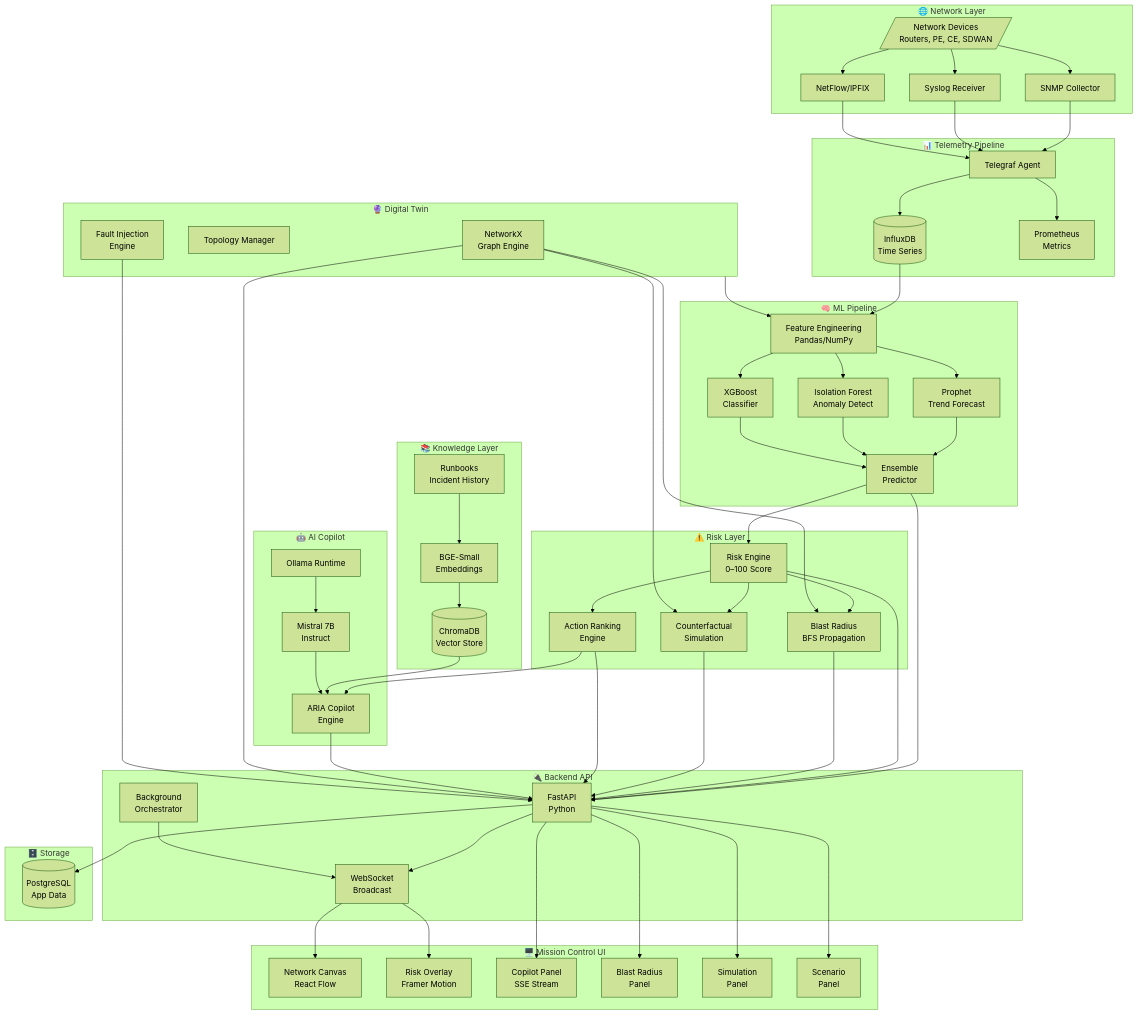
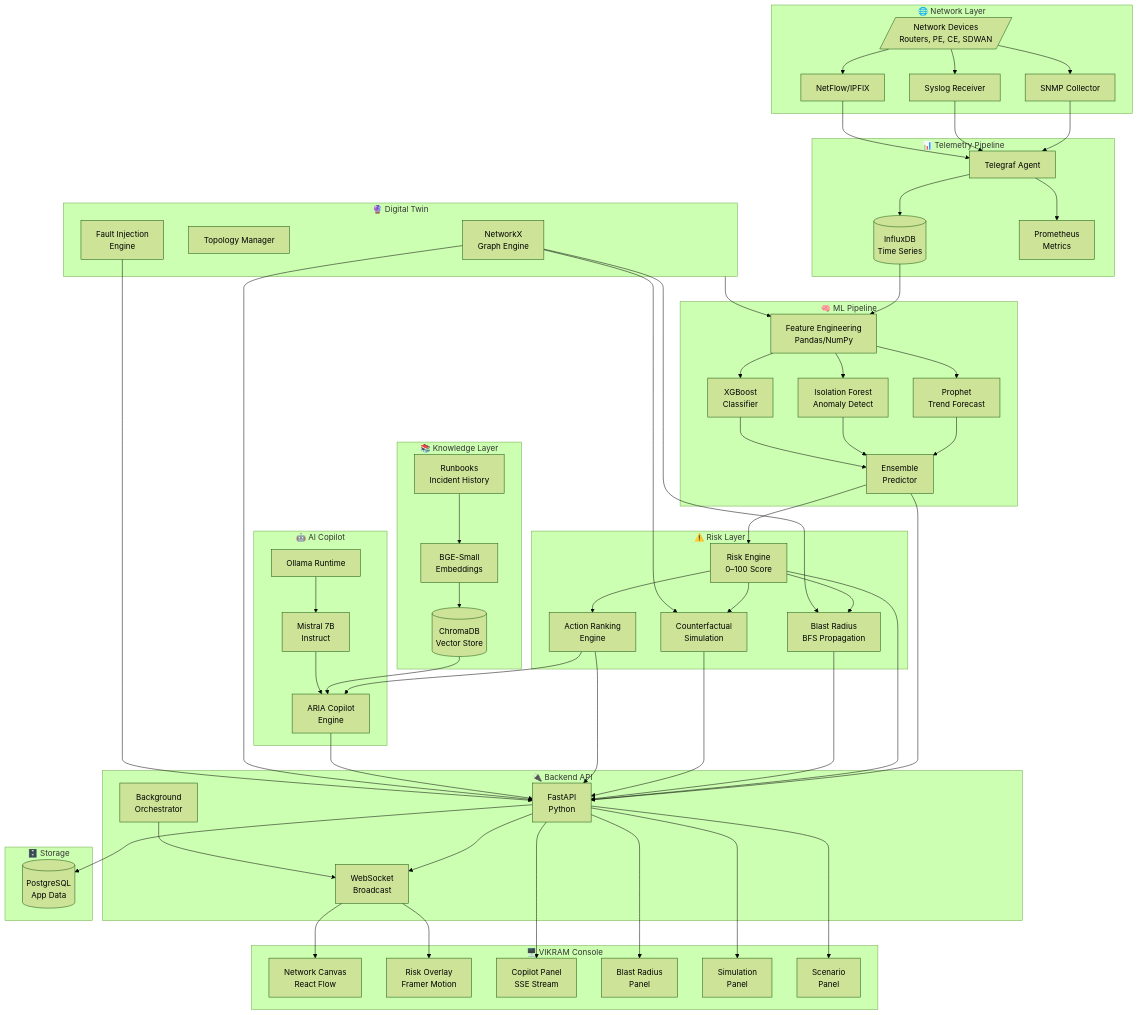
One commit to Ajinkya00Magar/VIKRAM changed the first of 3 diagrams in docs/architecture-diagrams.md. Above: the diagram before and after it, drawn with Mermaid (forest theme). The commit also changed 53 other files, not shown here.

```diff
--- a/docs/architecture-diagrams.md
+++ b/docs/architecture-diagrams.md
@@ -52,7 +52,7 @@
         ORCH[Background\nOrchestrator]
     end
 
-    subgraph FRONTEND["🖥️ Mission Control UI"]
+    subgraph FRONTEND["🖥️ VIKRAM Console"]
         CANVAS[Network Canvas\nReact Flow]
         RISKUI[Risk Overlay\nFramer Motion]
         COPILOTUI[Copilot Panel\nSSE Stream]
```
